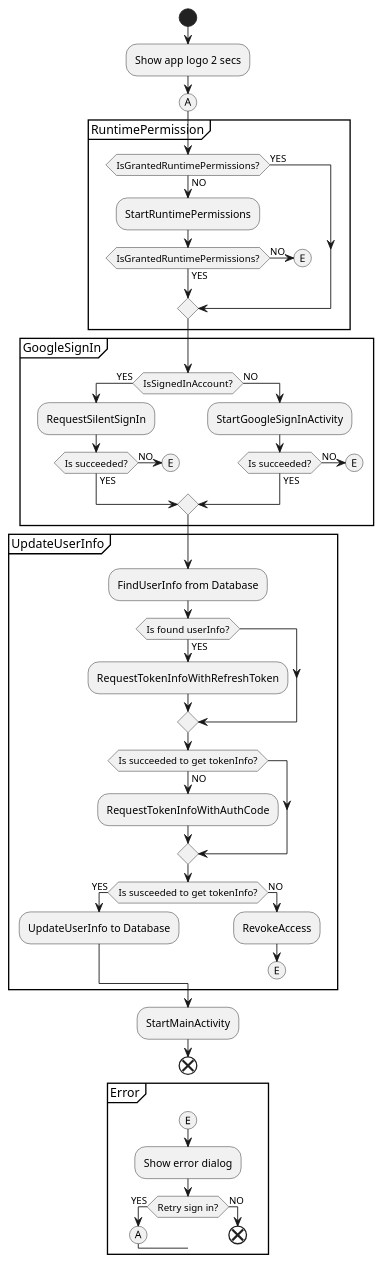
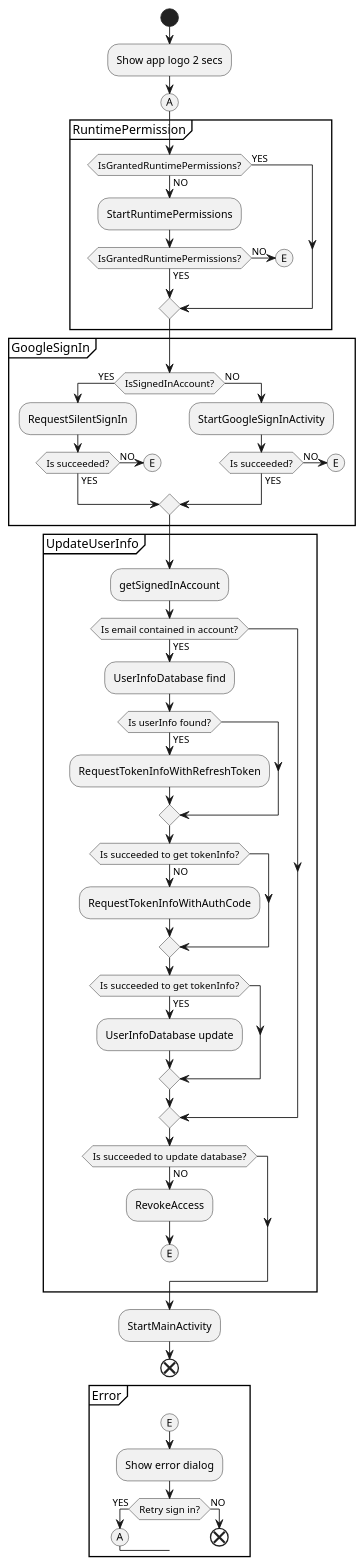
The diagram in uml/splash/activity_diagram_splash.md (sallyluenoa/PhotoSlideShow), drawn with PlantUML before and after one commit. The commit also changed 3 other files, not shown here.

First line of the commit message:
Write UML for design #13

```diff
--- a/uml/splash/activity_diagram_splash.md
+++ b/uml/splash/activity_diagram_splash.md
@@ -1,73 +1,79 @@
 @startuml
 start
 :Show app logo 2 secs;
 
 (A)
 partition RuntimePermission {
   if (IsGrantedRuntimePermissions?) then (YES)
   else (NO)
     :StartRuntimePermissions;
 
     if (IsGrantedRuntimePermissions?) then (YES)
     else (NO)
       (E)
       detach
     endif
   endif
 }
 
 partition GoogleSignIn {
   if (IsSignedInAccount?) then (YES)
     :RequestSilentSignIn;
 
     if (Is succeeded?) then (YES)
     else (NO)
       (E)
       detach
     endif
 
   else (NO)
     :StartGoogleSignInActivity;
 
     if (Is succeeded?) then (YES)
     else (NO)
       (E)
       detach
     endif
 
   endif
 }
 
 partition UpdateUserInfo {
-  :FindUserInfo from Database;
+  :getSignedInAccount;
 
-  if (Is found userInfo?) then (YES)
-    :RequestTokenInfoWithRefreshToken;
+  if (Is email contained in account?) then (YES)
+    :UserInfoDatabase find;
+
+    if (Is userInfo found?) then (YES)
+      :RequestTokenInfoWithRefreshToken;
+    endif
+
+    if (Is succeeded to get tokenInfo?) then (NO)
+      :RequestTokenInfoWithAuthCode;
+    endif
+
+    if (Is succeeded to get tokenInfo?) then (YES)
+      :UserInfoDatabase update;
+    endif
   endif
 
-  if (Is succeeded to get tokenInfo?) then (NO)
-    :RequestTokenInfoWithAuthCode;
-  endif
-
-  if (Is susceeded to get tokenInfo?) then (YES)
-    :UpdateUserInfo to Database;
-  else (NO)
+  if (Is succeeded to update database?) then (NO)
     :RevokeAccess;
     (E)
     detach
   endif
 }
 
 :StartMainActivity;
 end
 
 partition Error {
   (E)
   :Show error dialog;
   if (Retry sign in?) then (YES)
     (A)
   else (NO)
     end
   endif
 }
 @enduml
```
